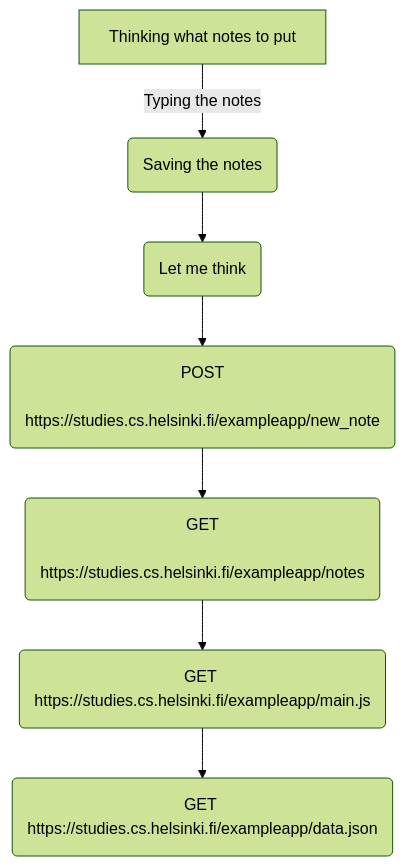
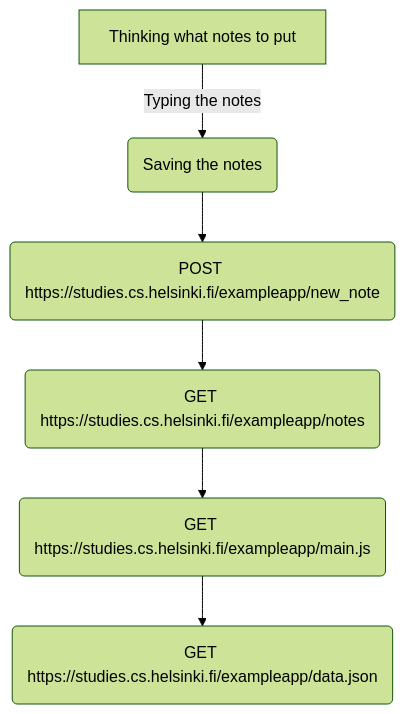
One commit to No0nee/FullStackOpen-Part0 changed the diagram in part0/part0.4-NewNoteDiagram.md. Above: the diagram before and after it, drawn with Mermaid (forest theme).

Commit message:
Fixes the diagram in part 0.4 new note diagram

````diff
--- a/part0/part0.4-NewNoteDiagram.md
+++ b/part0/part0.4-NewNoteDiagram.md
@@ -1,11 +1,8 @@
 ``` mermaid
 flowchart TD
     A[Thinking what notes to put] -->|Typing the notes| B(Saving the notes)
-    B --> C(Let me think)
-    C --> D("POST
-	https://studies.cs.helsinki.fi/exampleapp/new_note")
-    D --> E("GET
-	https://studies.cs.helsinki.fi/exampleapp/notes")
-    E --> F("GET https://studies.cs.helsinki.fi/exampleapp/main.js")
-    F --> G("GET https://studies.cs.helsinki.fi/exampleapp/data.json")
+    B --> C("POST https://studies.cs.helsinki.fi/exampleapp/new_note")
+    C --> D("GET https://studies.cs.helsinki.fi/exampleapp/notes")
+    D --> E("GET https://studies.cs.helsinki.fi/exampleapp/main.js")
+    E --> F("GET https://studies.cs.helsinki.fi/exampleapp/data.json")
 ```
````
